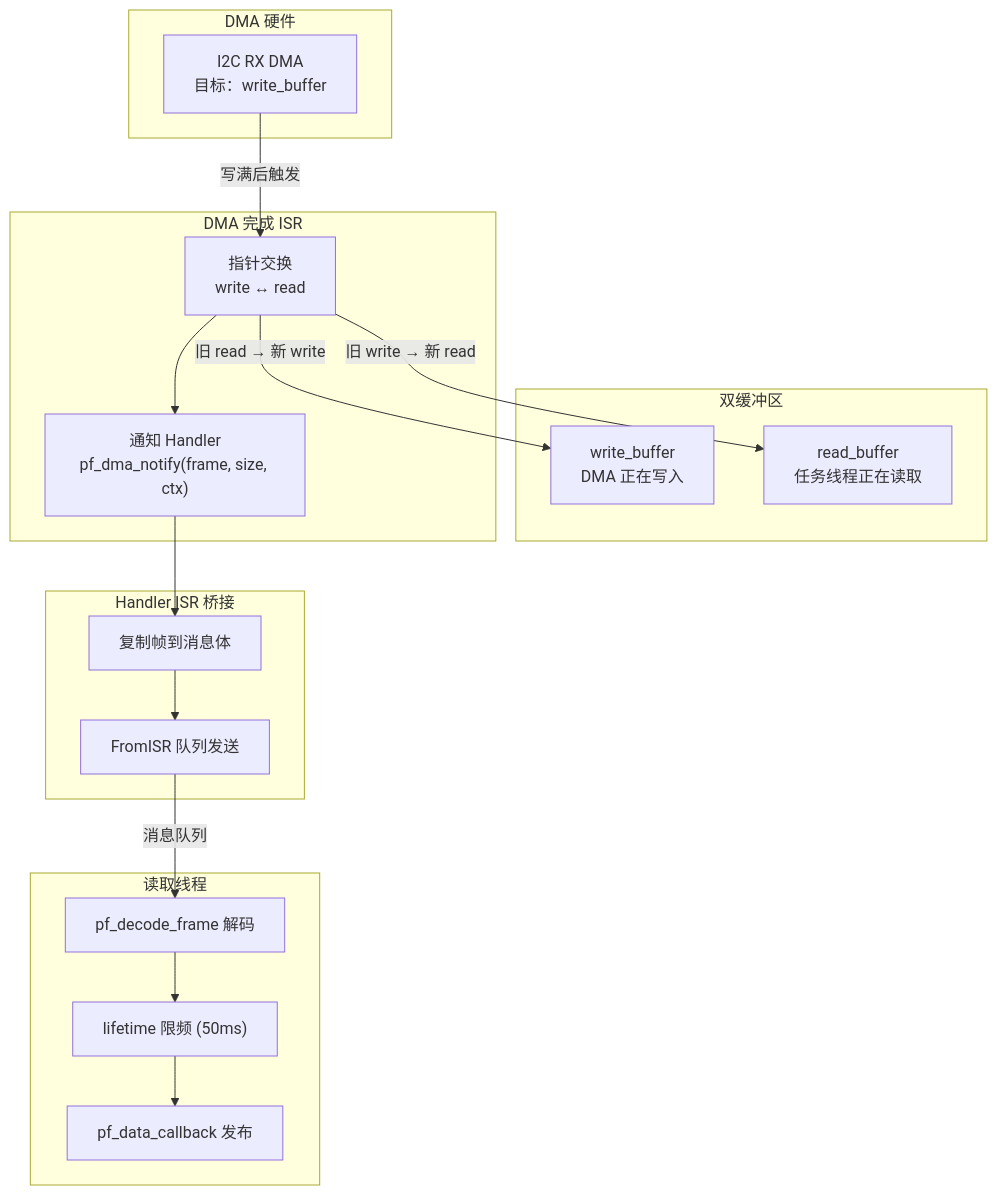
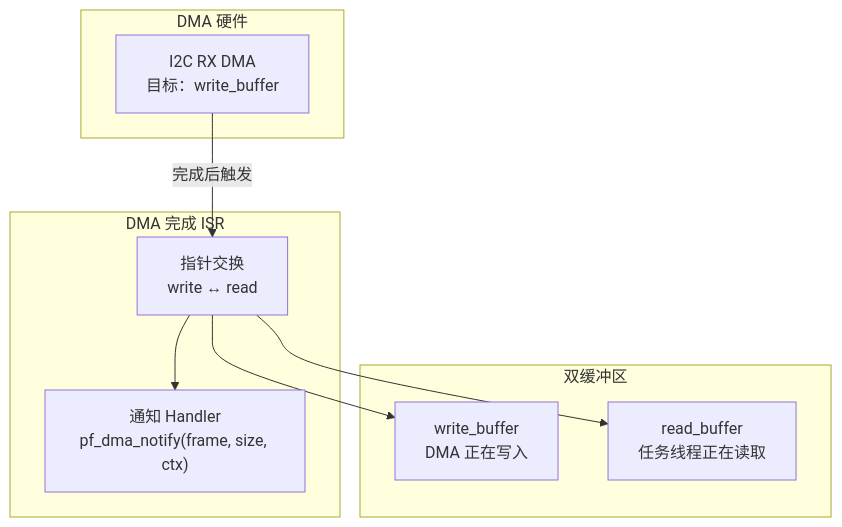
One commit to shuai-yemao/Deep-In-Embedded changed the fourth of 5 diagrams in 开发板/ARM架构/STM32F411CEU6/MPU6050的driver文件架构设计思路.md. Above: the diagram before and after it, drawn with Mermaid. The commit also changed other lines of this file, not shown here.

````diff
--- a/开发板/ARM架构/STM32F411CEU6/MPU6050的driver文件架构设计思路.md
+++ b/开发板/ARM架构/STM32F411CEU6/MPU6050的driver文件架构设计思路.md
@@ -219,37 +196,21 @@
 ```mermaid
 graph TB
     subgraph "DMA 硬件"
         DMA_CTRL["I2C RX DMA<br/>目标：write_buffer"]
     end
 
     subgraph "双缓冲区"
         WB["write_buffer<br/>DMA 正在写入"]
         RB["read_buffer<br/>任务线程正在读取"]
     end
 
     subgraph "DMA 完成 ISR"
         SWAP["指针交换<br/>write ↔ read"]
         NOTIFY["通知 Handler<br/>pf_dma_notify(frame, size, ctx)"]
     end
 
-    subgraph "Handler ISR 桥接"
-        COPY["复制帧到消息体"]
-        QPUT["FromISR 队列发送"]
-    end
-
-    subgraph "读取线程"
-        DECODE["pf_decode_frame 解码"]
-        LIMIT["lifetime 限频 (50ms)"]
-        CB["pf_data_callback 发布"]
-    end
-
-    DMA_CTRL -->|"写满后触发"| SWAP
-    SWAP -->|"旧 write → 新 read"| RB
-    SWAP -->|"旧 read → 新 write"| WB
+    DMA_CTRL -->|"完成后触发"| SWAP
+    SWAP --> RB
+    SWAP --> WB
     SWAP --> NOTIFY
-    NOTIFY --> COPY
-    COPY --> QPUT
-    QPUT -->|"消息队列"| DECODE
-    DECODE --> LIMIT
-    LIMIT --> CB
 ```
````
